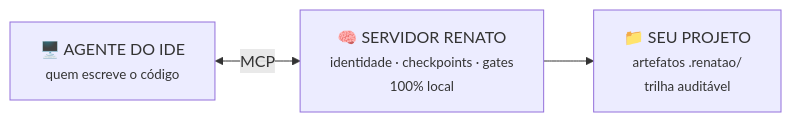
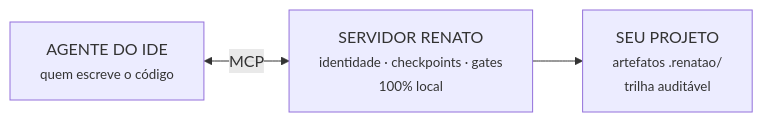
The first of 2 diagrams in README.md (ErickWilliamDeSousa/renato), drawn with Mermaid before and after one commit. The commit also changed other lines of this file and 3 other files, not shown here.

````diff
--- a/README.md
+++ b/README.md
@@ -50,5 +50,5 @@
 ```mermaid
 flowchart LR
-    A["🖥️ AGENTE DO IDE<br/><small>quem escreve o código</small>"] <-->|MCP| B["🧠 SERVIDOR RENATO<br/><small>identidade · checkpoints · gates<br/>100% local</small>"]
-    B --> C["📁 SEU PROJETO<br/><small>artefatos .renatao/<br/>trilha auditável</small>"]
+    A["AGENTE DO IDE<br/><small>quem escreve o código</small>"] <-->|MCP| B["SERVIDOR RENATO<br/><small>identidade · checkpoints · gates<br/>100% local</small>"]
+    B --> C["SEU PROJETO<br/><small>artefatos .renatao/<br/>trilha auditável</small>"]
 ```
````
